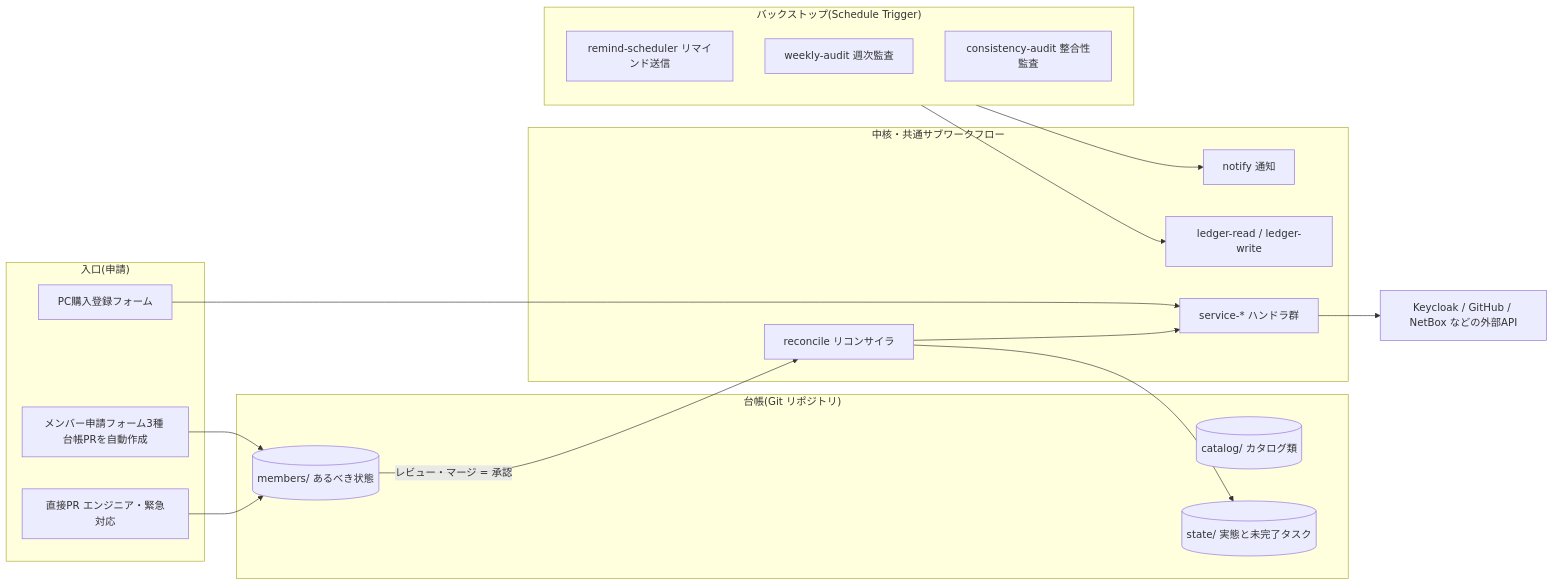
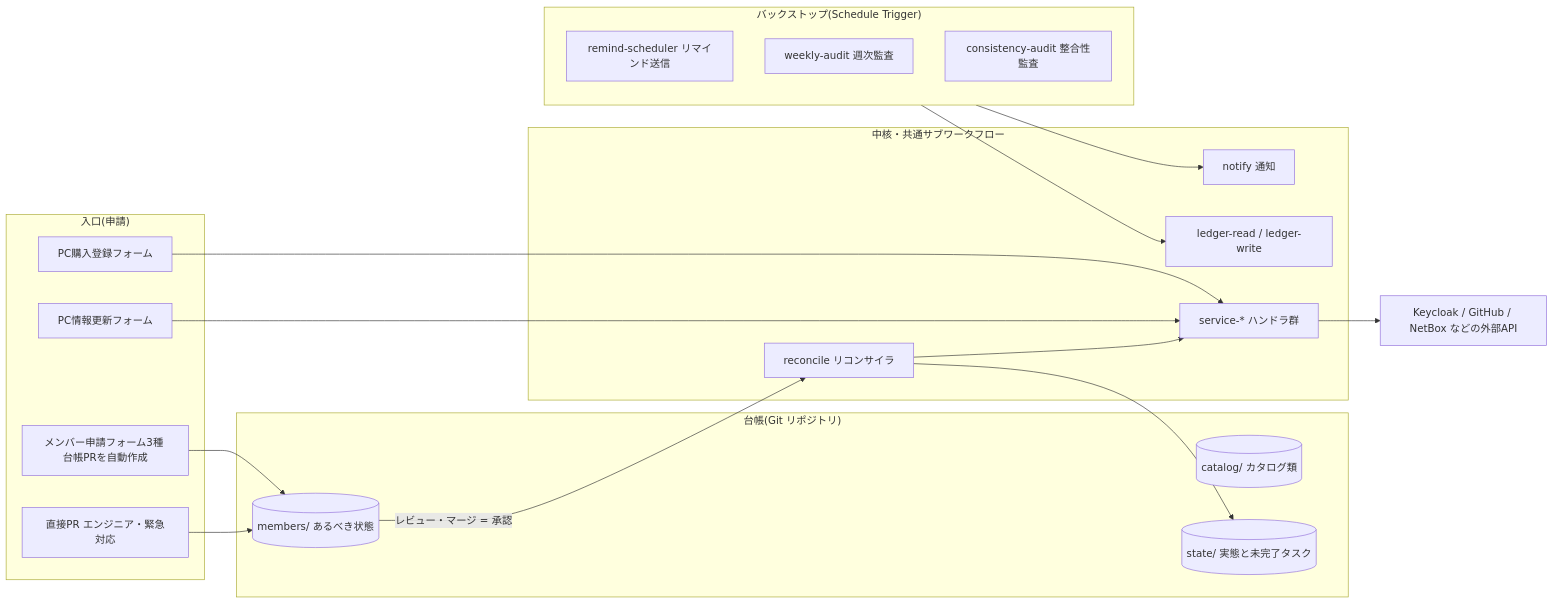
The diagram in docs/design/00-overview.md (Koala-Heavy-Industries/n8n-test), drawn with Mermaid before and after one commit. The commit also changed other lines of this file and 5 other files, not shown here.

````diff
--- a/docs/design/00-overview.md
+++ b/docs/design/00-overview.md
@@ -70,37 +72,39 @@
 ```mermaid
 flowchart LR
     subgraph entry["入口(申請)"]
         A1[メンバー申請フォーム3種 台帳PRを自動作成]
         A2[直接PR エンジニア・緊急対応]
         A4[PC購入登録フォーム]
+        A5[PC情報更新フォーム]
     end
 
     subgraph ledger["台帳(Git リポジトリ)"]
         D1[(members/ あるべき状態)]
         D3[(catalog/ カタログ類)]
         D2[(state/ 実態と未完了タスク)]
     end
 
     subgraph core["中核・共通サブワークフロー"]
         B0[reconcile リコンサイラ]
         B2[notify 通知]
         B3[ledger-read / ledger-write]
         B4[service-* ハンドラ群]
     end
 
     subgraph backstop["バックストップ(Schedule Trigger)"]
         C1[remind-scheduler リマインド送信]
         C2[weekly-audit 週次監査]
         C3[consistency-audit 整合性監査]
     end
 
     A1 --> D1
     A2 --> D1
     A4 --> B4
+    A5 --> B4
     D1 -->|レビュー・マージ = 承認| B0
     B0 --> B4
     B0 --> D2
     B4 --> EXT[Keycloak / GitHub / NetBox などの外部API]
     backstop --> B3
     backstop --> B2
 ```
````
